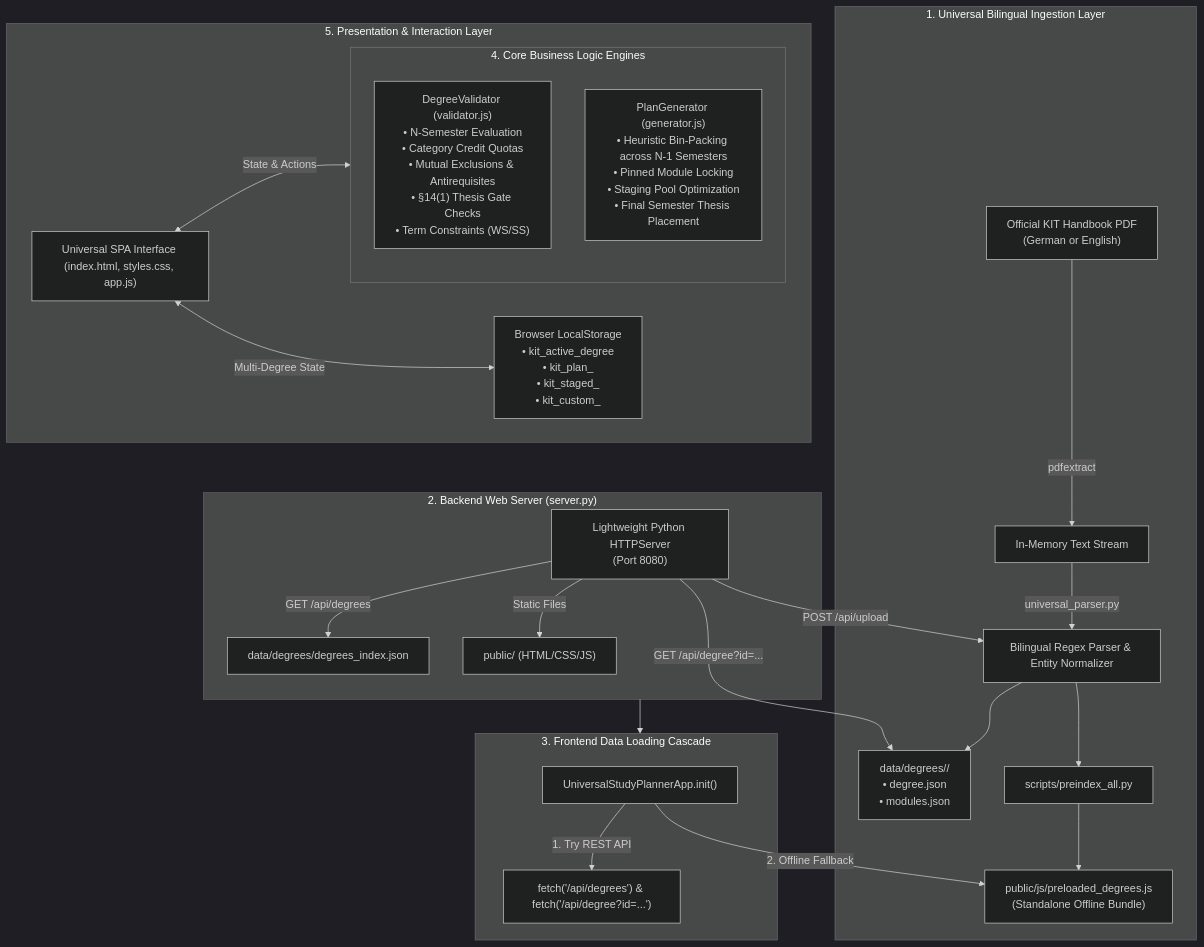
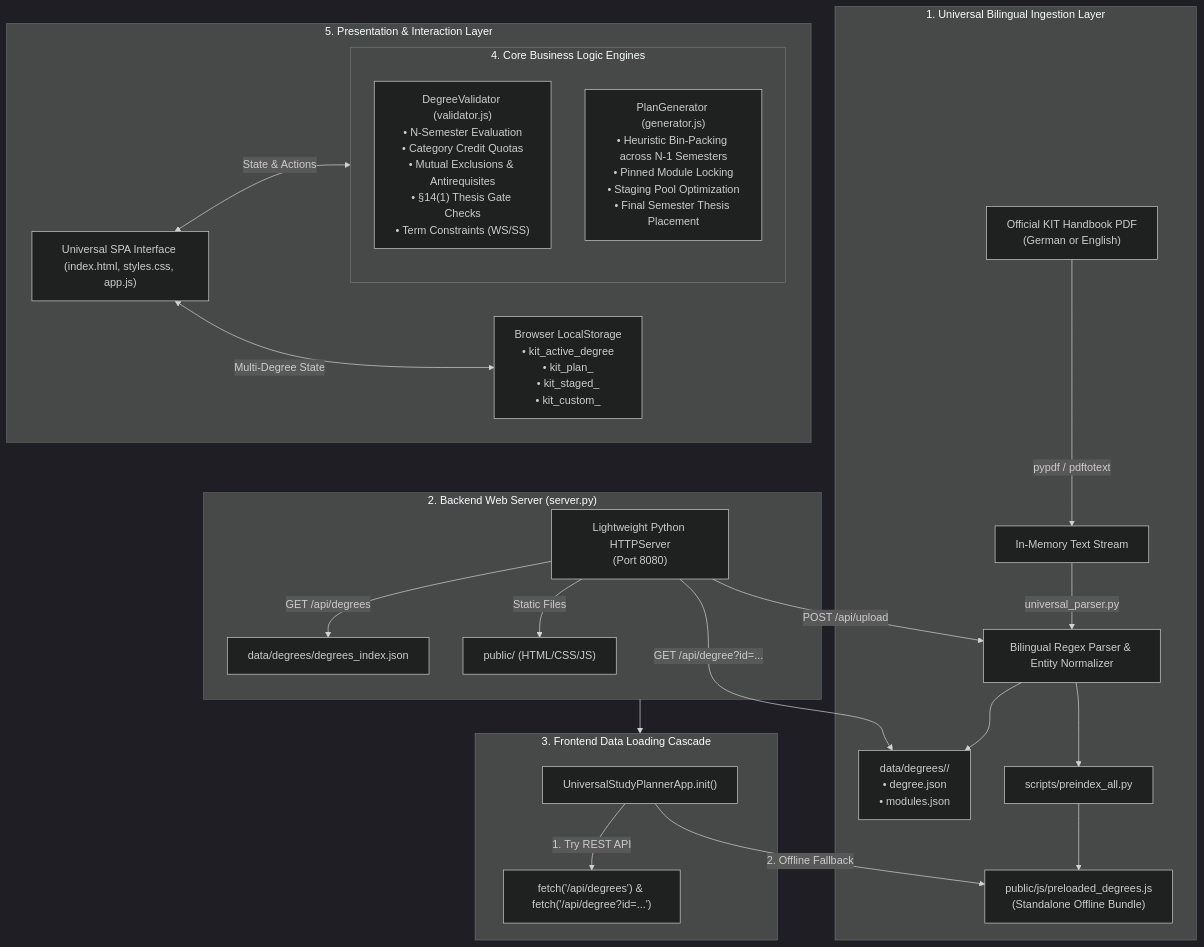
One commit to Average-memer/Modulhandbuch-tool changed the diagram in DOCUMENTATION.md. Above: the diagram before and after it, drawn with Mermaid (dark theme). The commit also changed other lines of this file and 15 other files, not shown here.

````diff
--- a/DOCUMENTATION.md
+++ b/DOCUMENTATION.md
@@ -23,37 +23,37 @@
 ```mermaid
 flowchart TD
     subgraph DataIngestion["1. Universal Bilingual Ingestion Layer"]
-        PDF["Official KIT Handbook PDF<br/>(German or English)"] -->|pdfextract| RawText["In-Memory Text Stream"]
+        PDF["Official KIT Handbook PDF<br/>(German or English)"] -->|pypdf / pdftotext| RawText["In-Memory Text Stream"]
         RawText -->|universal_parser.py| Parser["Bilingual Regex Parser & Entity Normalizer"]
         Parser --> DataJSON["data/degrees/<slug>/<br/>• degree.json<br/>• modules.json"]
         Parser --> Preindex["scripts/preindex_all.py"]
         Preindex --> JSData["public/js/preloaded_degrees.js<br/>(Standalone Offline Bundle)"]
     end
 
     subgraph Backend["2. Backend Web Server (server.py)"]
         Server["Lightweight Python HTTPServer<br/>(Port 8080)"]
         Server -->|GET /api/degrees| DegreesIndex["data/degrees/degrees_index.json"]
         Server -->|GET /api/degree?id=...| DataJSON
         Server -->|POST /api/upload| Parser
         Server -->|Static Files| PublicDir["public/ (HTML/CSS/JS)"]
     end
 
     subgraph ClientData["3. Frontend Data Loading Cascade"]
         AppInit["UniversalStudyPlannerApp.init()"]
         AppInit -->|1. Try REST API| FetchAPI["fetch('/api/degrees') & fetch('/api/degree?id=...')"]
         AppInit -->|2. Offline Fallback| JSData
     end
 
     subgraph ClientEngines["4. Core Business Logic Engines"]
         Validator["DegreeValidator (validator.js)<br/>• N-Semester Evaluation<br/>• Category Credit Quotas<br/>• Mutual Exclusions & Antirequisites<br/>• §14(1) Thesis Gate Checks<br/>• Term Constraints (WS/SS)"]
         Generator["PlanGenerator (generator.js)<br/>• Heuristic Bin-Packing across N-1 Semesters<br/>• Pinned Module Locking<br/>• Staging Pool Optimization<br/>• Final Semester Thesis Placement"]
     end
 
     subgraph ClientUI["5. Presentation & Interaction Layer"]
         UI["Universal SPA Interface (index.html, styles.css, app.js)"]
         UI <-->|State & Actions| ClientEngines
         UI <-->|Multi-Degree State| LocalStorage["Browser LocalStorage<br/>• kit_active_degree<br/>• kit_plan_<degreeId><br/>• kit_staged_<degreeId><br/>• kit_custom_<degreeId>"]
     end
 
     Backend --> ClientData
 ```
````
